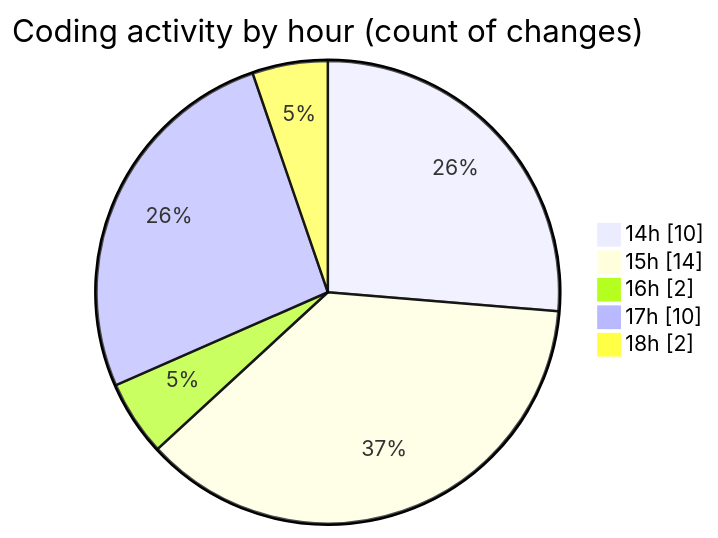
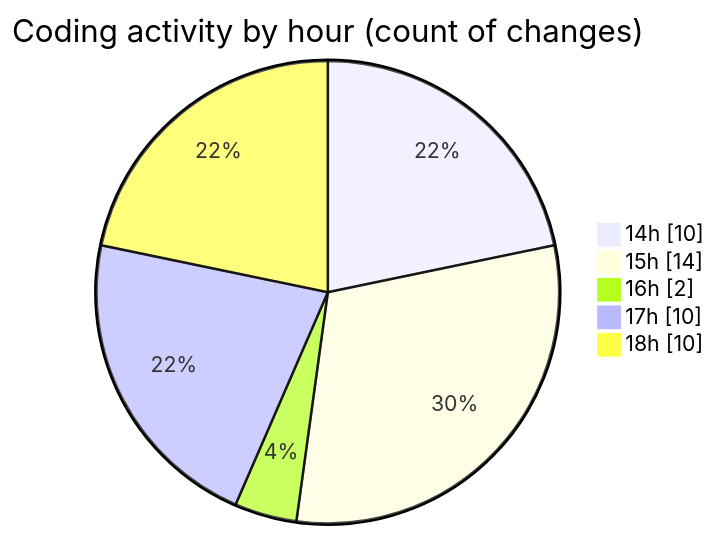
The second of 2 diagrams in 2025-09-11/nxtqube_webapp/README.md (nxtqubesakshisongat/code-tracking), drawn with Mermaid before and after one commit. The commit also changed other lines of this file and 1 other file, not shown here.

````diff
--- a/2025-09-11/nxtqube_webapp/README.md
+++ b/2025-09-11/nxtqube_webapp/README.md
@@ -35,9 +36,9 @@
 ```mermaid
 pie showData
 title Coding activity by hour (count of changes)
 "14h" : 10
 "15h" : 14
 "16h" : 2
 "17h" : 10
-"18h" : 2
+"18h" : 10
 ```
````
